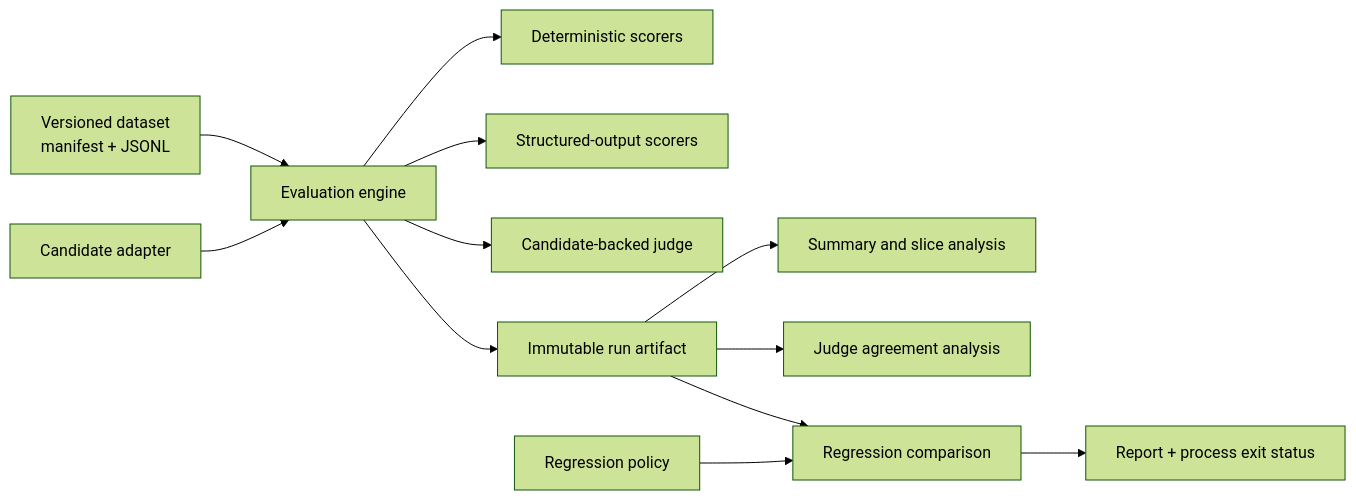
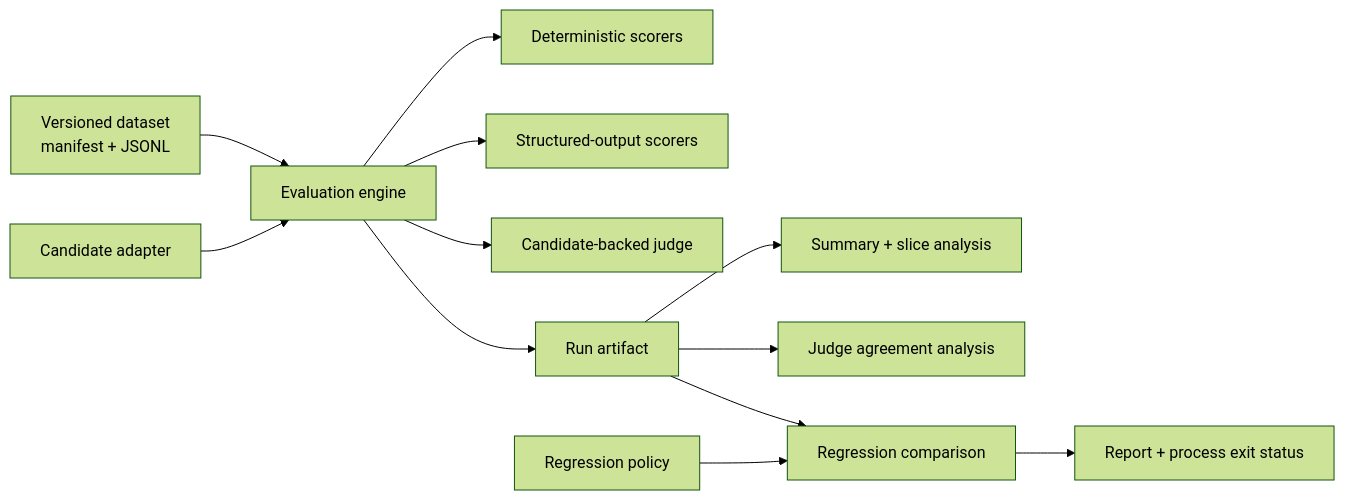
One commit to alwin-jacob/llm-eval-reliability changed the diagram in docs/design.md. Above: the diagram before and after it, drawn with Mermaid (forest theme). The commit also changed other lines of this file, not shown here.

````diff
--- a/docs/design.md
+++ b/docs/design.md
@@ -36,14 +27,14 @@
 ```mermaid
 flowchart LR
     D["Versioned dataset\nmanifest + JSONL"] --> E["Evaluation engine"]
     C["Candidate adapter"] --> E
     E --> S1["Deterministic scorers"]
     E --> S2["Structured-output scorers"]
     E --> S3["Candidate-backed judge"]
-    E --> A["Immutable run artifact"]
-    A --> N["Summary and slice analysis"]
+    E --> A["Run artifact"]
+    A --> N["Summary + slice analysis"]
     A --> J["Judge agreement analysis"]
     A --> R["Regression comparison"]
     P["Regression policy"] --> R
     R --> X["Report + process exit status"]
 ```
````
